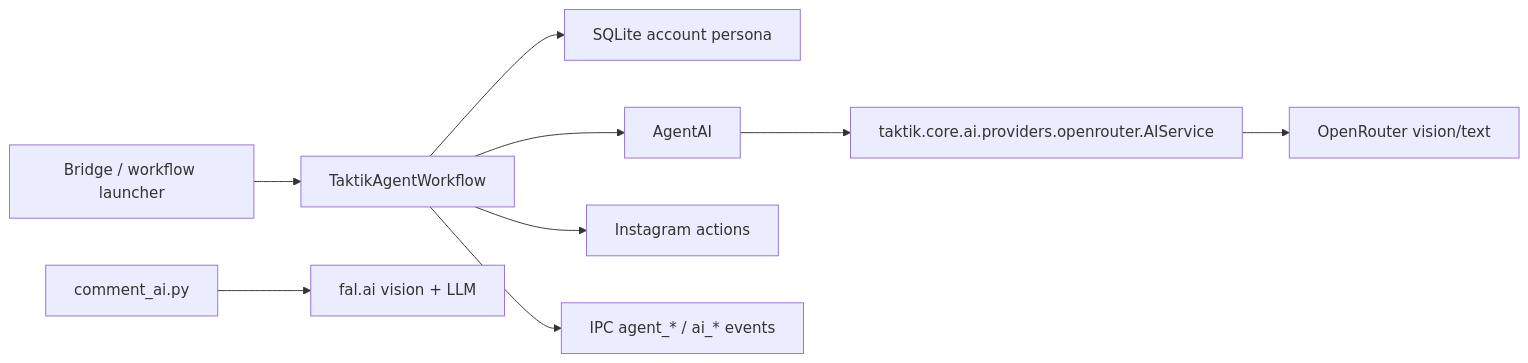
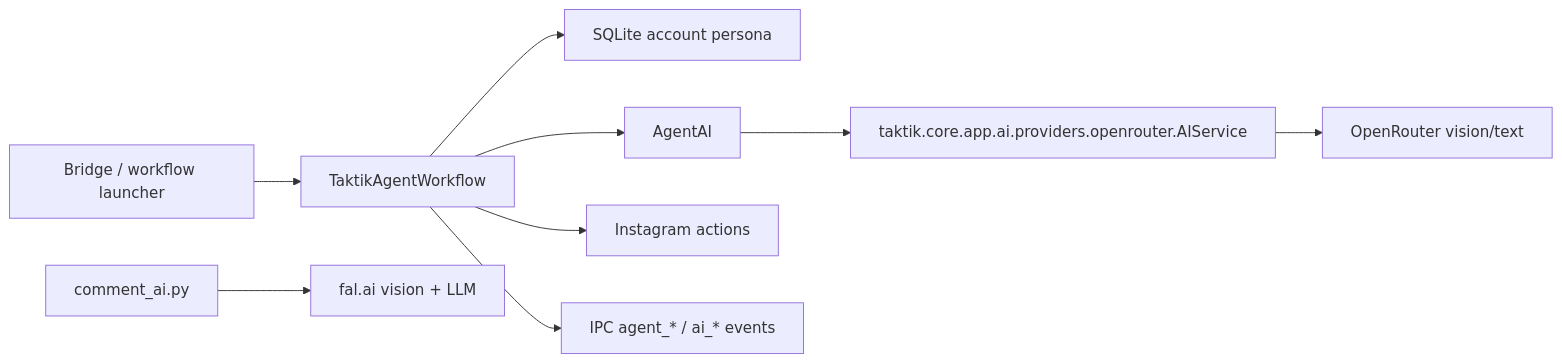
The first of 3 diagrams in docs/core/agent-ai.md (masterFuf/taktik-bot), drawn with Mermaid before and after one commit. The commit also changed other lines of this file and 2 other files, not shown here.

Commit message:
Align bot core docs

````diff
--- a/docs/core/agent-ai.md
+++ b/docs/core/agent-ai.md
@@ -20,11 +20,11 @@
 ```mermaid
 flowchart LR
     Bridge[Bridge / workflow launcher] --> Agent[TaktikAgentWorkflow]
     Agent --> Persona[SQLite account persona]
     Agent --> AI[AgentAI]
-    AI --> Service[taktik.core.ai.providers.openrouter.AIService]
+    AI --> Service[taktik.core.app.ai.providers.openrouter.AIService]
     Service --> OpenRouter[OpenRouter vision/text]
     Agent --> IG[Instagram actions]
     Agent --> IPC[IPC agent_* / ai_* events]
     CommentAI[comment_ai.py] --> Fal[fal.ai vision + LLM]
 ```
````
